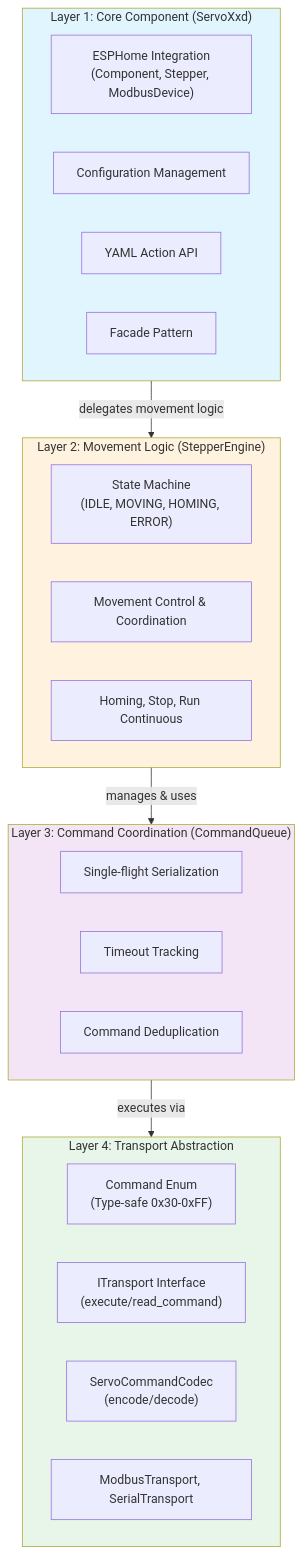
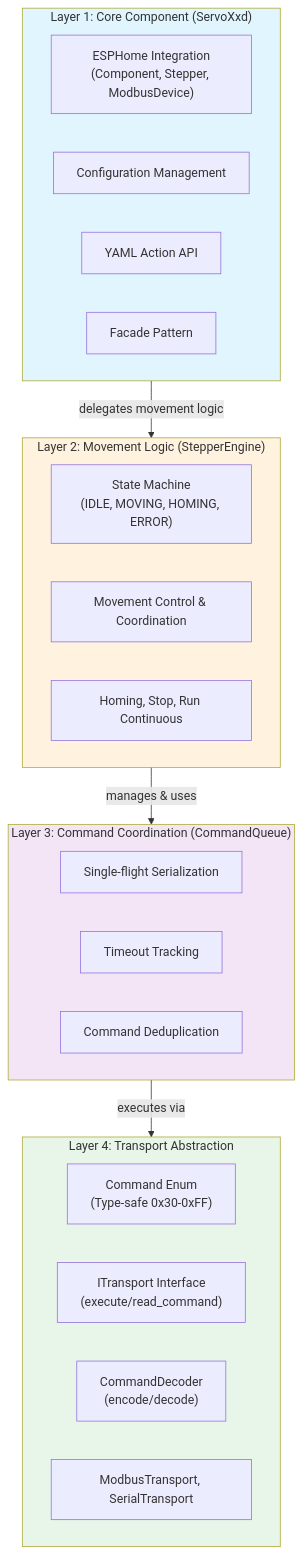
One commit to Nebensound/servo42d-esphome changed the diagram in docs/specification/02-cpp-interface.md. Above: the diagram before and after it, drawn with Mermaid. The commit also changed other lines of this file and 21 other files, not shown here.

````diff
--- a/docs/specification/02-cpp-interface.md
+++ b/docs/specification/02-cpp-interface.md
@@ -32,37 +32,37 @@
 ```mermaid
 graph TB
     subgraph Layer1["Layer 1: Core Component (ServoXxd)"]
         L1A["ESPHome Integration<br/>(Component, Stepper, ModbusDevice)"]
         L1B["Configuration Management"]
         L1C["YAML Action API"]
         L1D["Facade Pattern"]
     end
     
     subgraph Layer2["Layer 2: Movement Logic (StepperEngine)"]
         L2A["State Machine<br/>(IDLE, MOVING, HOMING, ERROR)"]
         L2B["Movement Control & Coordination"]
         L2C["Homing, Stop, Run Continuous"]
     end
     
     subgraph Layer3["Layer 3: Command Coordination (CommandQueue)"]
         L3A["Single-flight Serialization"]
         L3B["Timeout Tracking"]
         L3C["Command Deduplication"]
     end
     
     subgraph Layer4["Layer 4: Transport Abstraction"]
         L4A["Command Enum<br/>(Type-safe 0x30-0xFF)"]
         L4B["ITransport Interface<br/>(execute/read_command)"]
-        L4C["ServoCommandCodec<br/>(encode/decode)"]
+        L4C["CommandDecoder<br/>(encode/decode)"]
         L4D["ModbusTransport, SerialTransport"]
     end
     
     Layer1 -->|delegates movement logic| Layer2
     Layer2 -->|manages & uses| Layer3
     Layer3 -->|executes via| Layer4
     
     style Layer1 fill:#e1f5ff
     style Layer2 fill:#fff3e0
     style Layer3 fill:#f3e5f5
     style Layer4 fill:#e8f5e9
 ```
````
